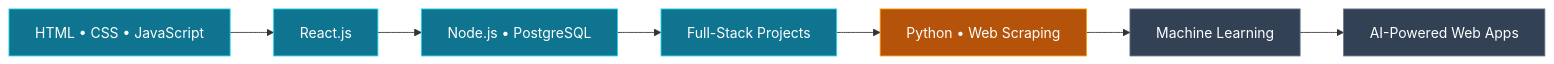
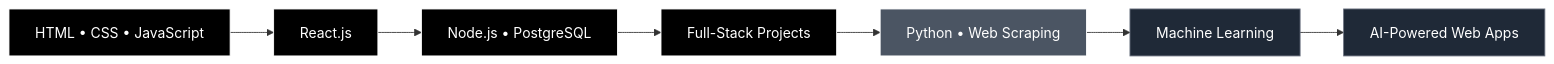
The second of 2 diagrams in README.md (shoaibmhr/shoaibmhr), drawn with Mermaid before and after one commit. The commit also changed other lines of this file, not shown here.

````diff
--- a/README.md
+++ b/README.md
@@ -763,17 +699,17 @@
 ```mermaid
 flowchart LR
     A["HTML • CSS • JavaScript"] --> B["React.js"]
     B --> C["Node.js • PostgreSQL"]
     C --> D["Full-Stack Projects"]
     D --> E["Python • Web Scraping"]
     E --> F["Machine Learning"]
     F --> G["AI-Powered Web Apps"]
 
-    style A fill:#0E7490,stroke:#22D3EE,color:#fff
-    style B fill:#0E7490,stroke:#22D3EE,color:#fff
-    style C fill:#0E7490,stroke:#22D3EE,color:#fff
-    style D fill:#0E7490,stroke:#22D3EE,color:#fff
-    style E fill:#B45309,stroke:#F59E0B,color:#fff
-    style F fill:#334155,stroke:#64748B,color:#fff
-    style G fill:#334155,stroke:#64748B,color:#fff
+    style A fill:#000000,stroke:#ffffff,color:#fff
+    style B fill:#000000,stroke:#ffffff,color:#fff
+    style C fill:#000000,stroke:#ffffff,color:#fff
+    style D fill:#000000,stroke:#ffffff,color:#fff
+    style E fill:#4b5563,stroke:#ffffff,color:#fff
+    style F fill:#1f2937,stroke:#6b7280,color:#fff
+    style G fill:#1f2937,stroke:#6b7280,color:#fff
 ```
````
